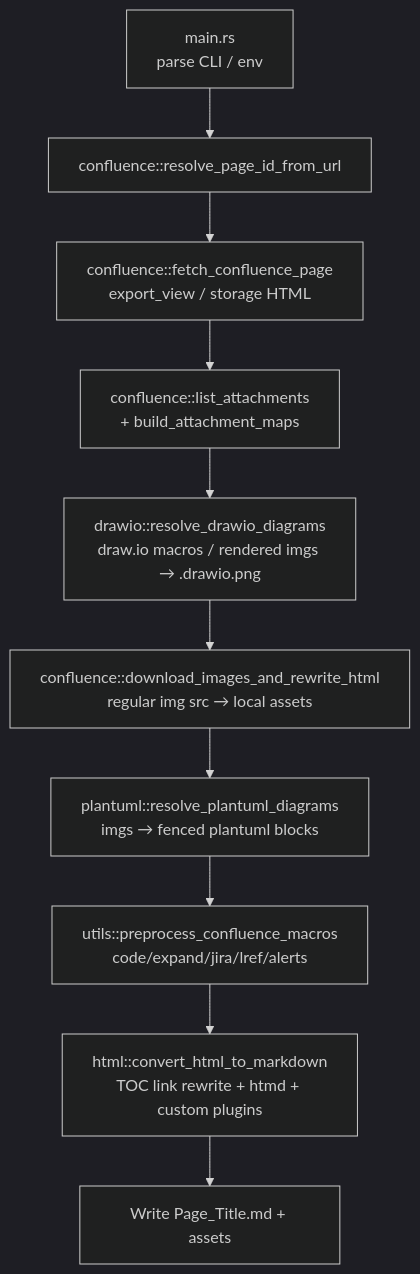
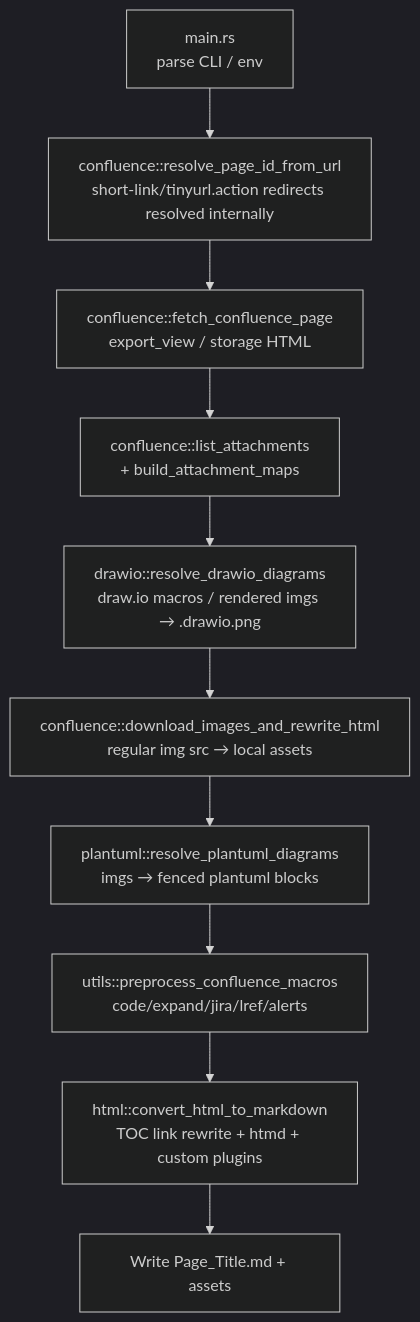
Before and after one commit to Toyota/confluence2md: the second of 6 diagrams in ARCHITECTURE.md, drawn with Mermaid (dark theme). The commit also changed other lines of this file and 2 other files, not shown here.

First line of the commit message:
feat: safely resolve Confluence short links via tinyurl.action redirect chain

````diff
--- a/ARCHITECTURE.md
+++ b/ARCHITECTURE.md
@@ -51,12 +51,12 @@
 ```mermaid
 flowchart TD
-    A[main.rs<br/>parse CLI / env] --> B[confluence::resolve_page_id_from_url]
+    A[main.rs<br/>parse CLI / env] --> B[confluence::resolve_page_id_from_url<br/>short-link/tinyurl.action redirects resolved internally]
     B --> C[confluence::fetch_confluence_page<br/>export_view / storage HTML]
     C --> D[confluence::list_attachments<br/>+ build_attachment_maps]
     D --> E[drawio::resolve_drawio_diagrams<br/>draw.io macros / rendered imgs → .drawio.png]
     E --> F[confluence::download_images_and_rewrite_html<br/>regular img src → local assets]
     F --> G[plantuml::resolve_plantuml_diagrams<br/>imgs → fenced plantuml blocks]
     G --> H[utils::preprocess_confluence_macros<br/>code/expand/jira/lref/alerts]
     H --> I[html::convert_html_to_markdown<br/>TOC link rewrite + htmd + custom plugins]
     I --> J[Write Page_Title.md + assets]
 ```
````
